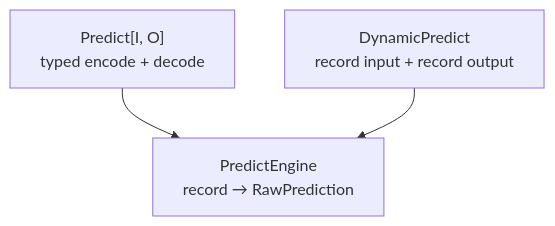
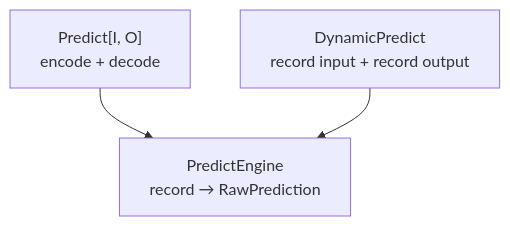
Before and after one commit to jpablo/dspy4s: the fourth of 5 diagrams in modules/programs/src/main/scala/dspy4s/programs/strategies/Predict.md, drawn with Mermaid. The commit also changed other lines of this file and 218 other files, not shown here.

````diff
--- a/modules/programs/src/main/scala/dspy4s/programs/strategies/Predict.md
+++ b/modules/programs/src/main/scala/dspy4s/programs/strategies/Predict.md
@@ -240,6 +240,6 @@
 ```mermaid
 flowchart TD
     engine["PredictEngine<br/>record → RawPrediction"]
-    typed["Predict[I, O]<br/>typed encode + decode"] --> engine
+    predict["Predict[I, O]<br/>encode + decode"] --> engine
     dynamic["DynamicPredict<br/>record input + record output"] --> engine
 ```
````
